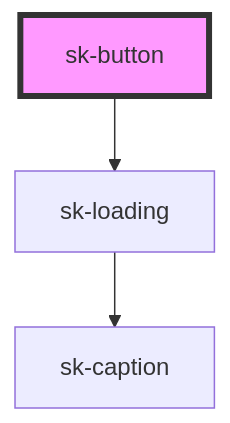
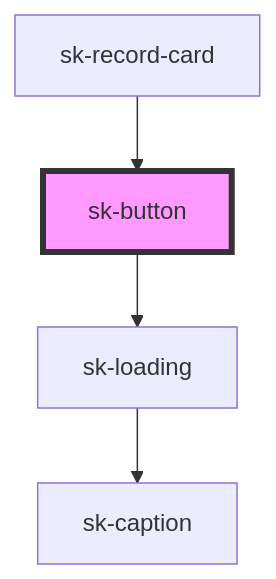
One commit to shincke/sk-toolkit changed the diagram in web-components-stencil/src/components/sk-button/readme.md. Above: the diagram before and after it, drawn with Mermaid. The commit also changed other lines of this file and 30 other files, not shown here.

Commit message:
feat: implement sk-drawer and first pattern - sk-record-card

````diff
--- a/web-components-stencil/src/components/sk-button/readme.md
+++ b/web-components-stencil/src/components/sk-button/readme.md
@@ -29,6 +33,7 @@
 ```mermaid
 graph TD;
   sk-button --> sk-loading
   sk-loading --> sk-caption
+  sk-record-card --> sk-button
   style sk-button fill:#f9f,stroke:#333,stroke-width:4px
 ```
````
